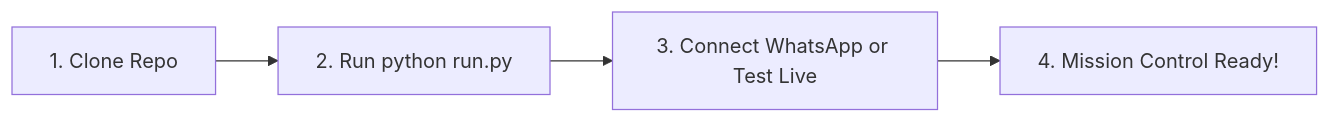
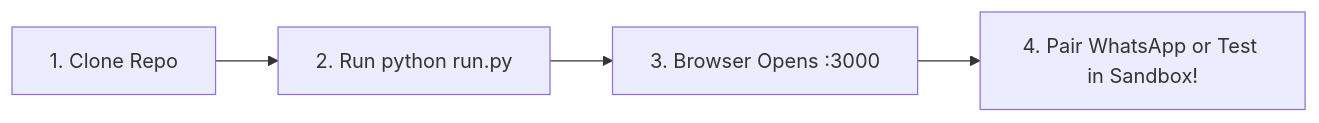
The second of 2 diagrams in README.md (naborajs/wb-agent), drawn with Mermaid before and after one commit. The commit also changed other lines of this file, not shown here.

Commit message:
docs(readme): overhaul README with progressive disclosure (ELI15 to Senior Architect), fix broken screenshot paths, and add NS branding

````diff
--- a/README.md
+++ b/README.md
@@ -19,6 +75,6 @@
 ```mermaid
 flowchart LR
-    A[1. Clone Repo] --> B[2. Run python run.py]
-    B --> C[3. Connect WhatsApp or Test Live]
-    C --> D[4. Mission Control Ready!]
+    A["1. Clone Repo"] --> B["2. Run python run.py"]
+    B --> C["3. Browser Opens :3000"]
+    C --> D["4. Pair WhatsApp or Test in Sandbox!"]
 ```
````
